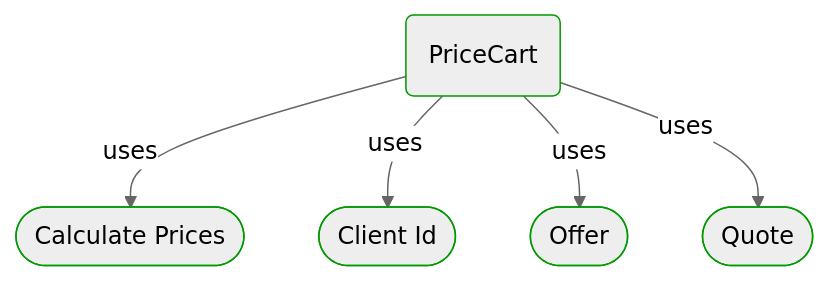
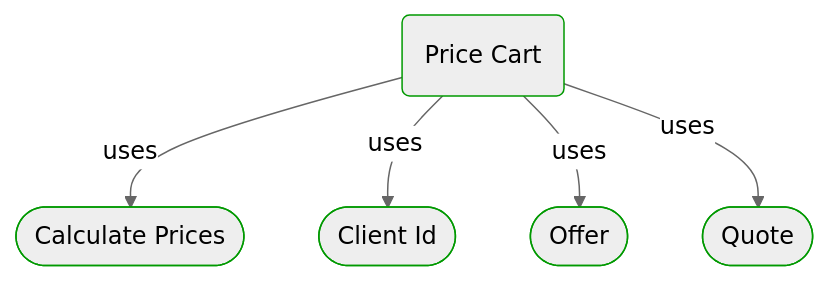
The second of 4 diagrams in Docs/P3/MermaidOutput/Domain/Concepts/Sales/OnlineOrdering/CartPricing/PriceCart.md (itlibrium/DDD-starter-dotnet), drawn with Mermaid (neutral theme) before and after one commit. The commit also changed other lines of this file and 51 other files, not shown here.

````diff
--- a/Docs/P3/MermaidOutput/Domain/Concepts/Sales/OnlineOrdering/CartPricing/PriceCart.md
+++ b/Docs/P3/MermaidOutput/Domain/Concepts/Sales/OnlineOrdering/CartPricing/PriceCart.md
@@ -36,20 +36,20 @@
 ```mermaid
   flowchart TB
-    0(PriceCart)
+    0(Price Cart)
     class 0 DomainPerspective
     1([Calculate Prices])
     class 1 DomainPerspective
     0-->|uses|1
     2([Client Id])
     class 2 DomainPerspective
     0-->|uses|2
     3([Offer])
     class 3 DomainPerspective
     0-->|uses|3
     4([Quote])
     class 4 DomainPerspective
     0-->|uses|4
     classDef DomainPerspective stroke:#009900
     classDef TechnologyPerspective stroke:#1F41EB
     classDef PeoplePerspective stroke:#FFF014
 ```
````
